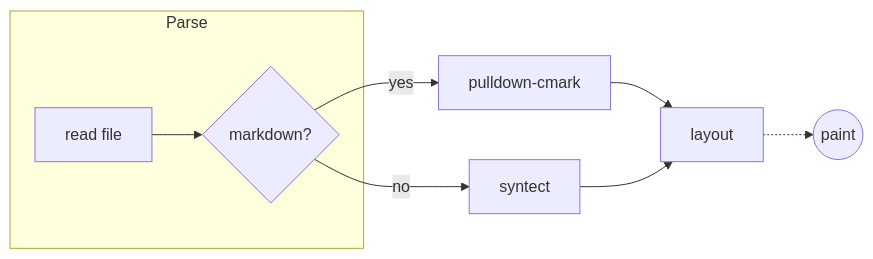
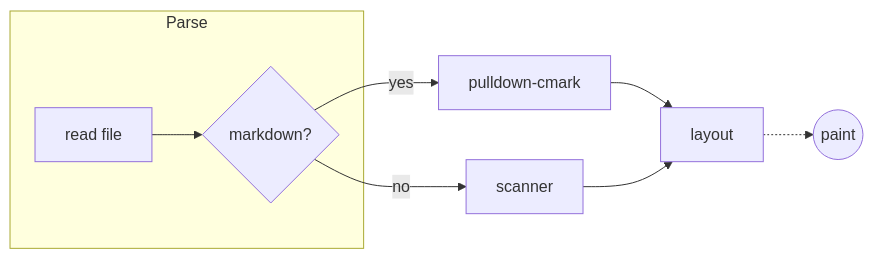
The second of 6 diagrams in tests/fixtures/diagrams.md (junkdog/ada-md), drawn with Mermaid before and after one commit. The commit also changed 13 other files, not shown here.

````diff
--- a/tests/fixtures/diagrams.md
+++ b/tests/fixtures/diagrams.md
@@ -35,11 +35,11 @@
 ```mermaid
 flowchart LR
     subgraph parse[Parse]
         A[read file] --> B{markdown?}
     end
     B -->|yes| C[pulldown-cmark]
-    B -->|no| D[syntect]
+    B -->|no| D[scanner]
     C --> E[layout]
     D --> E
     E -.-> F((paint))
 ```
````
